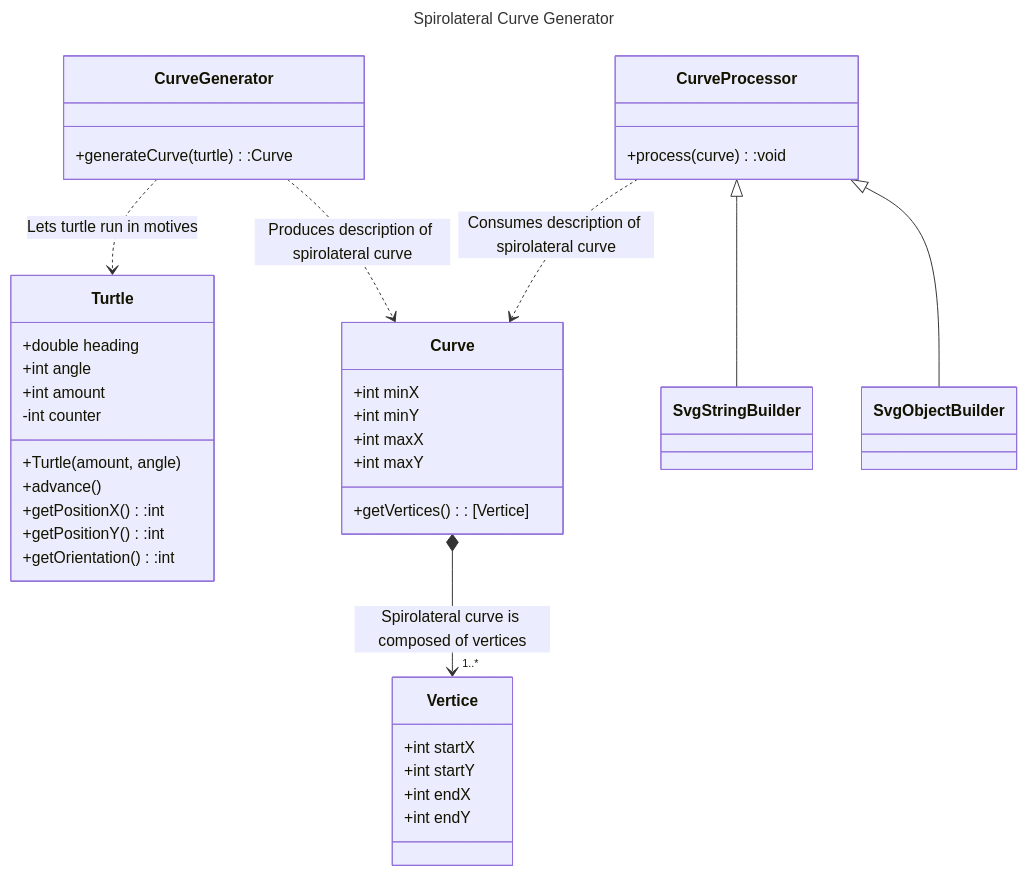
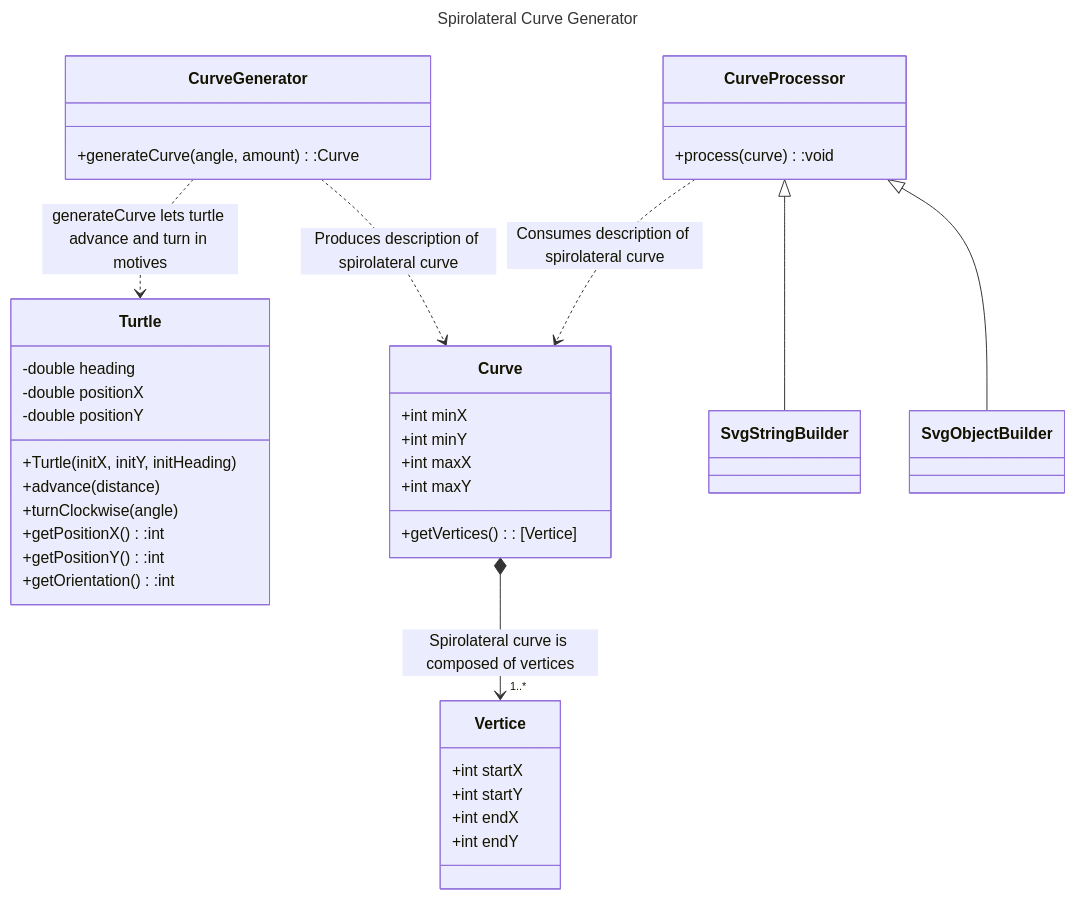
One commit to m5c/SpirolateralCurves changed the diagram in README.md. Above: the diagram before and after it, drawn with Mermaid. The commit also changed other lines of this file and 6 other files, not shown here.

````diff
--- a/README.md
+++ b/README.md
@@ -67,48 +67,48 @@
 ```mermaid
 ---
 title: Spirolateral Curve Generator
 ---
 classDiagram
     class CurveGenerator{
-        +generateCurve(turtle):Curve
+        +generateCurve(angle, amount):Curve
     }
 
     class Turtle{
-        +double heading
-        +int angle
-        +int amount
-        -int counter
-        +Turtle(amount, angle)
-        +advance()
+        -double heading
+        -double positionX
+        -double positionY
+        +Turtle(initX, initY, initHeading)
+        +advance(distance)
+        +turnClockwise(angle)
         +getPositionX():int
         +getPositionY():int
         +getOrientation():int
     }
 
     class Curve {
         +int minX
         +int minY
         +int maxX
         +int maxY
         +getVertices(): [Vertice]
     }
 
     class Vertice{
         +int startX
         +int startY
         +int endX
         +int endY
     }
 
     class CurveProcessor{
         +process(curve):void
     }
 
 
      CurveProcessor <|-- SvgStringBuilder
      CurveProcessor <|-- SvgObjectBuilder
-     CurveGenerator ..> Turtle : Lets turtle run in motives
+     CurveGenerator ..> Turtle : generateCurve lets turtle advance and turn in motives
      CurveGenerator ..> Curve : Produces description of spirolateral curve
      CurveProcessor ..> Curve : Consumes description of spirolateral curve
      Curve *--> "1..*" Vertice : Spirolateral curve is composed of vertices
 ```
````
